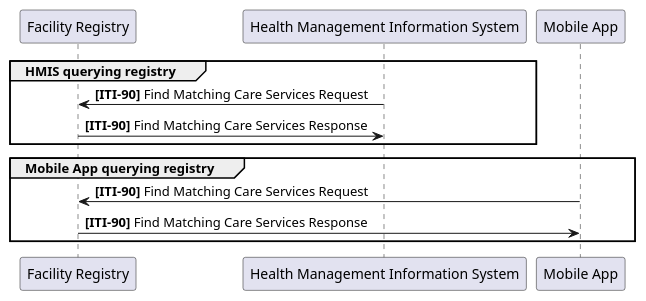
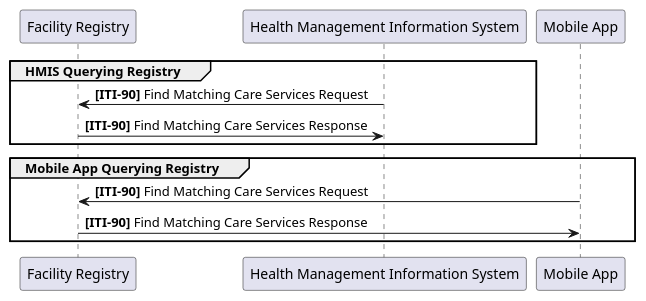
One commit to IHE/mCSD-Whitepaper changed the fourth of 17 diagrams in mCSD-Whitepaper.plantuml. Above: the diagram before and after it, drawn with PlantUML. The commit also changed other lines of this file and 13 other files, not shown here.

Commit message:
Updated content for health worker and care services registries and added diagrams.

```diff
--- a/mCSD-Whitepaper.plantuml
+++ b/mCSD-Whitepaper.plantuml
@@ -76,17 +76,17 @@
 @startuml simple-facility-registry-sequence
 skinparam componentStyle uml2
 
 participant "Facility Registry" as registry
 participant "Health Management Information System" as hmis
 participant "Mobile App" as mobile
 
-group HMIS querying registry
+group HMIS Querying Registry
 hmis -> registry: <b>[ITI-90]</b> Find Matching Care Services Request
 registry -> hmis: <b>[ITI-90]</b> Find Matching Care Services Response
 end
-group Mobile App querying registry
+group Mobile App Querying Registry
 mobile -> registry: <b>[ITI-90]</b> Find Matching Care Services Request
 registry -> mobile: <b>[ITI-90]</b> Find Matching Care Services Response
 end
 
 @enduml
```
